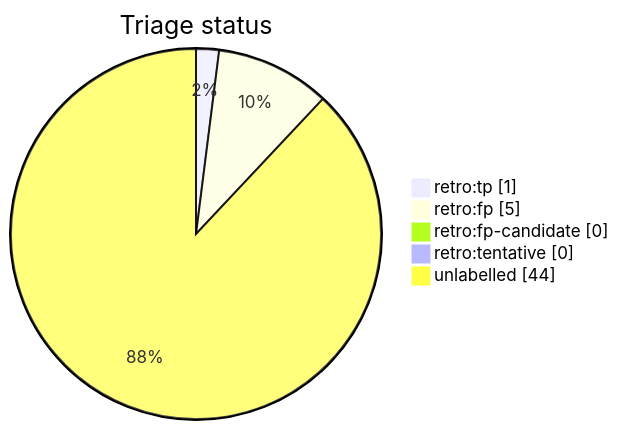
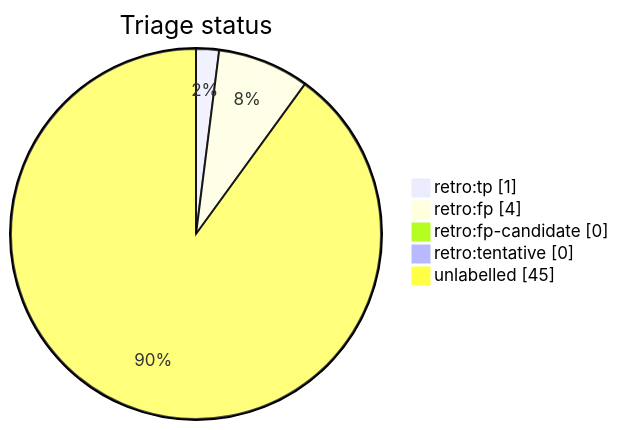
Before and after one commit to tvna/claude-md: the diagram in docs/generated/scripts/auto-retro-triage-report.md, drawn with Mermaid. The commit also changed other lines of this file, not shown here.

First line of the commit message:
chore(auto-retro): refresh triage report

````diff
--- a/docs/generated/scripts/auto-retro-triage-report.md
+++ b/docs/generated/scripts/auto-retro-triage-report.md
@@ -15,9 +15,9 @@
 ```mermaid
 pie showData
     title Triage status
     "retro:tp" : 1
-    "retro:fp" : 5
+    "retro:fp" : 4
     "retro:fp-candidate" : 0
     "retro:tentative" : 0
-    "unlabelled" : 44
+    "unlabelled" : 45
 ```
````
